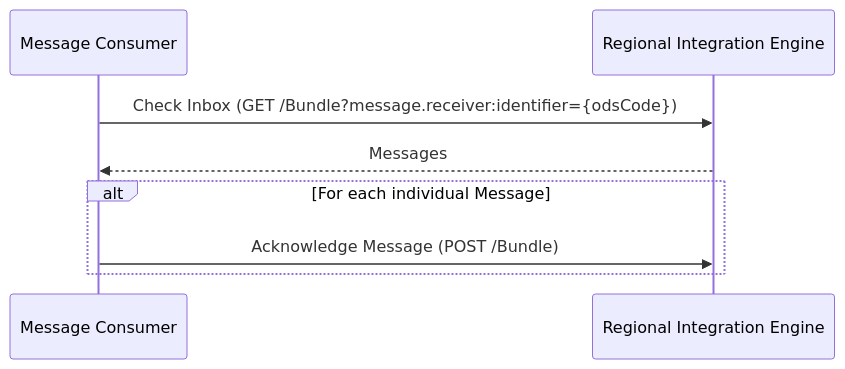
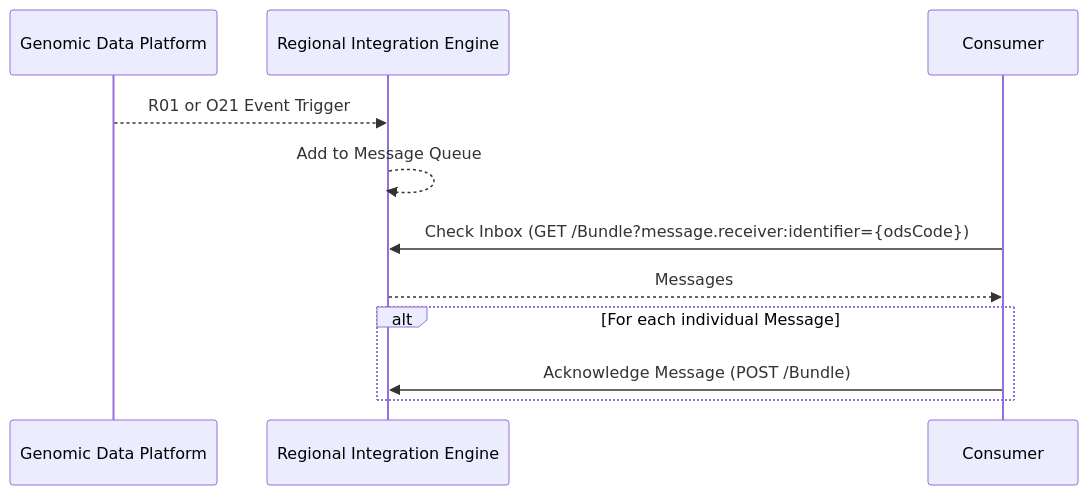
The diagram in input/pagecontent/MQ.md (nw-gmsa/nw-gmsa.github.com), drawn with Mermaid before and after one commit. The commit also changed 1 other file, not shown here.

Commit message:
NEY&Y updates

````diff
--- a/input/pagecontent/MQ.md
+++ b/input/pagecontent/MQ.md
@@ -10,12 +10,16 @@
 ```mermaid
 sequenceDiagram
 
-participant consumer as Message Consumer
-participant esb as Regional Integration Engine
+participant gdp as Genomic Data Platform
+participant RIE as Regional Integration Engine
+participant consumer as Consumer
 
-consumer ->> esb: Check Inbox (GET /Bundle?message.receiver:identifier={odsCode})
-esb -->> consumer: Messages
+
+gdp -->> RIE: R01 or O21 Event Trigger
+RIE -->> RIE: Add to Message Queue
+consumer ->> RIE: Check Inbox (GET /Bundle?message.receiver:identifier={odsCode})
+RIE -->> consumer: Messages
 alt For each individual Message
-    consumer ->> esb: Acknowledge Message (POST /Bundle) 
+    consumer ->> RIE: Acknowledge Message (POST /Bundle) 
 end
 ```
````
